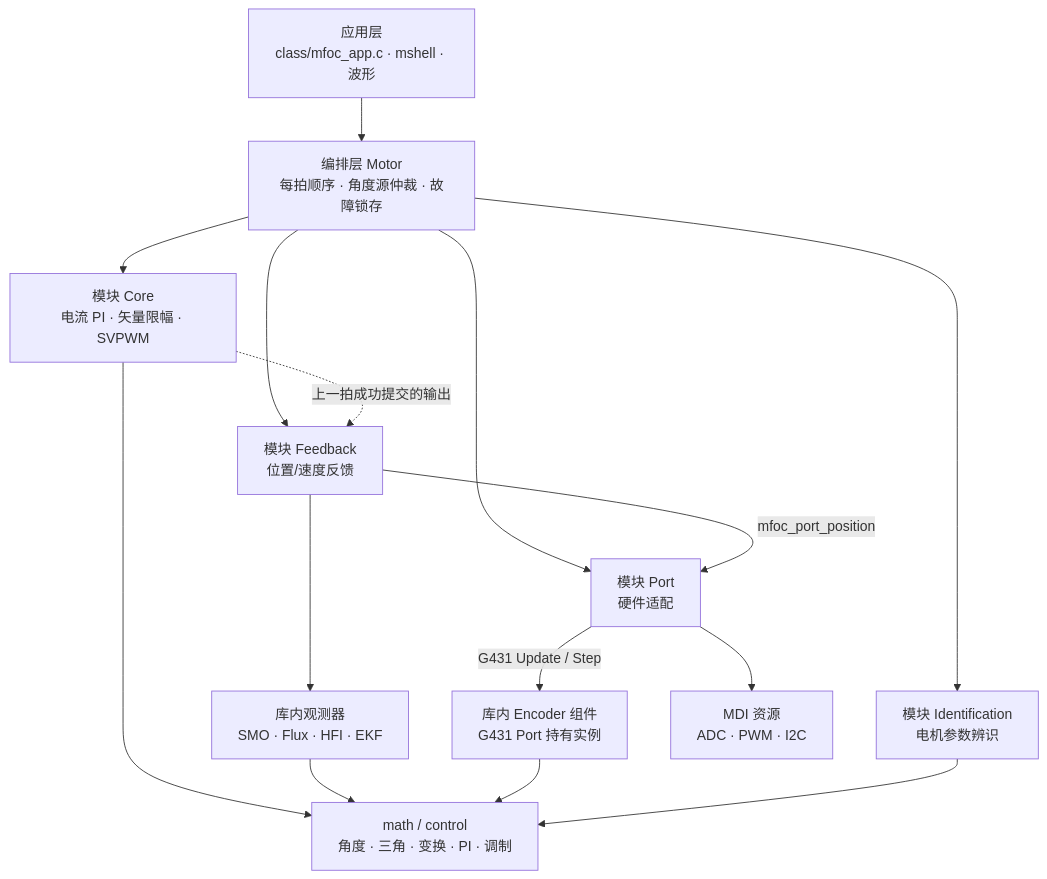
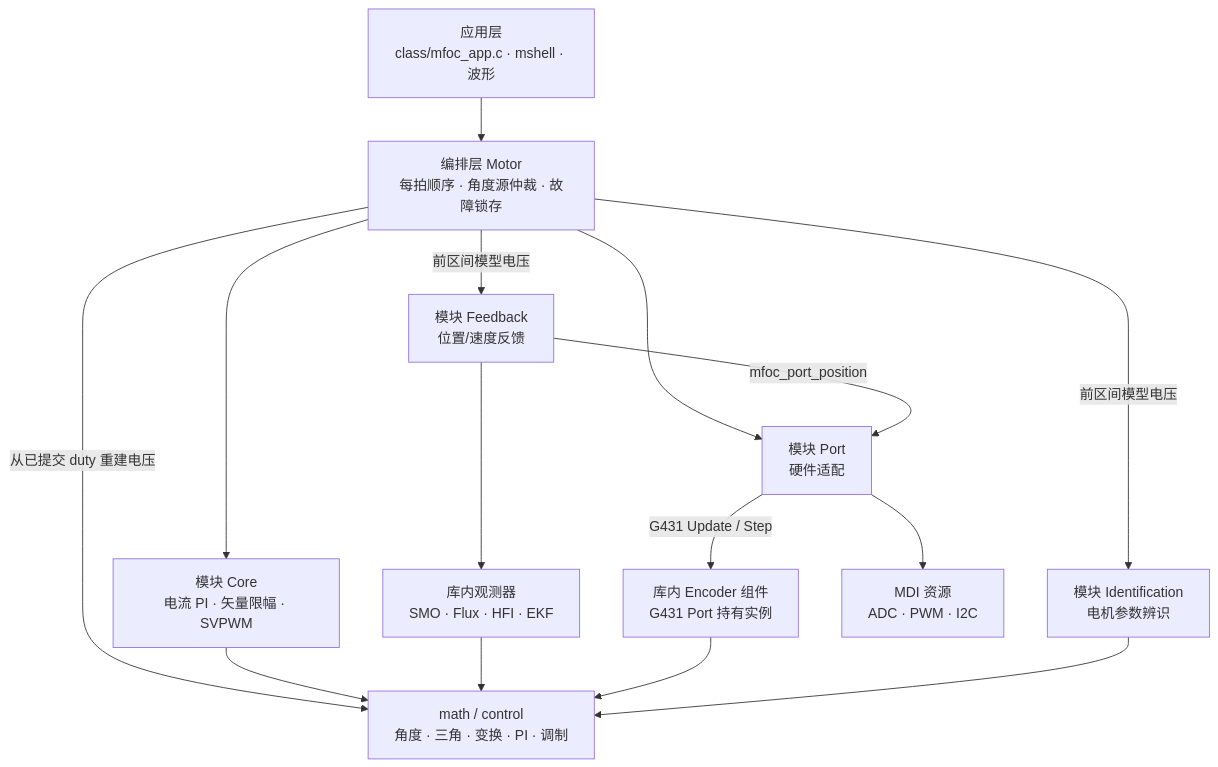
The first of 3 diagrams in mfoc/docs/framework.md (wyxun/modus_template), drawn with Mermaid before and after one commit. The commit also changed other lines of this file and 87 other files, not shown here.

````diff
--- a/mfoc/docs/framework.md
+++ b/mfoc/docs/framework.md
@@ -11,28 +11,28 @@
 ```mermaid
 flowchart TB
     APP["应用层<br/>class/mfoc_app.c · mshell · 波形"]
     MOTOR["编排层 Motor<br/>每拍顺序 · 角度源仲裁 · 故障锁存"]
     FB["模块 Feedback<br/>位置/速度反馈"]
     CORE["模块 Core<br/>电流 PI · 矢量限幅 · SVPWM"]
     ID["模块 Identification<br/>电机参数辨识"]
     PORT["模块 Port<br/>硬件适配"]
     OBS["库内观测器<br/>SMO · Flux · HFI · EKF"]
     ENC["库内 Encoder 组件<br/>G431 Port 持有实例"]
     MATH["math / control<br/>角度 · 三角 · 变换 · PI · 调制"]
     MDI["MDI 资源<br/>ADC · PWM · I2C"]
 
     APP --> MOTOR
-    MOTOR --> FB
+    MOTOR -->|前区间模型电压| FB
     MOTOR --> CORE
-    MOTOR --> ID
+    MOTOR -->|前区间模型电压| ID
     MOTOR --> PORT
     FB --> OBS
     FB -->|mfoc_port_position| PORT
     PORT -->|G431 Update / Step| ENC
-    CORE -.->|上一拍成功提交的输出| FB
+    MOTOR -->|从已提交 duty 重建电压| MATH
     CORE --> MATH
     OBS --> MATH
     ENC --> MATH
     ID --> MATH
     PORT --> MDI
 ```
````
